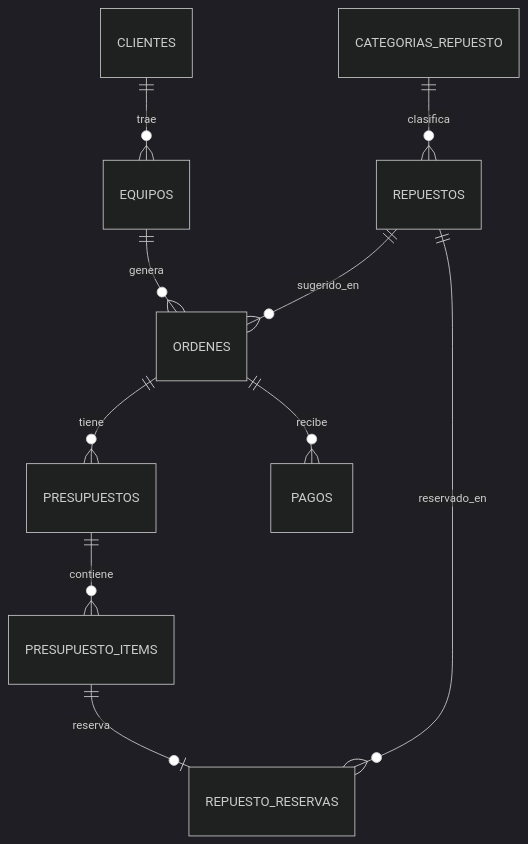
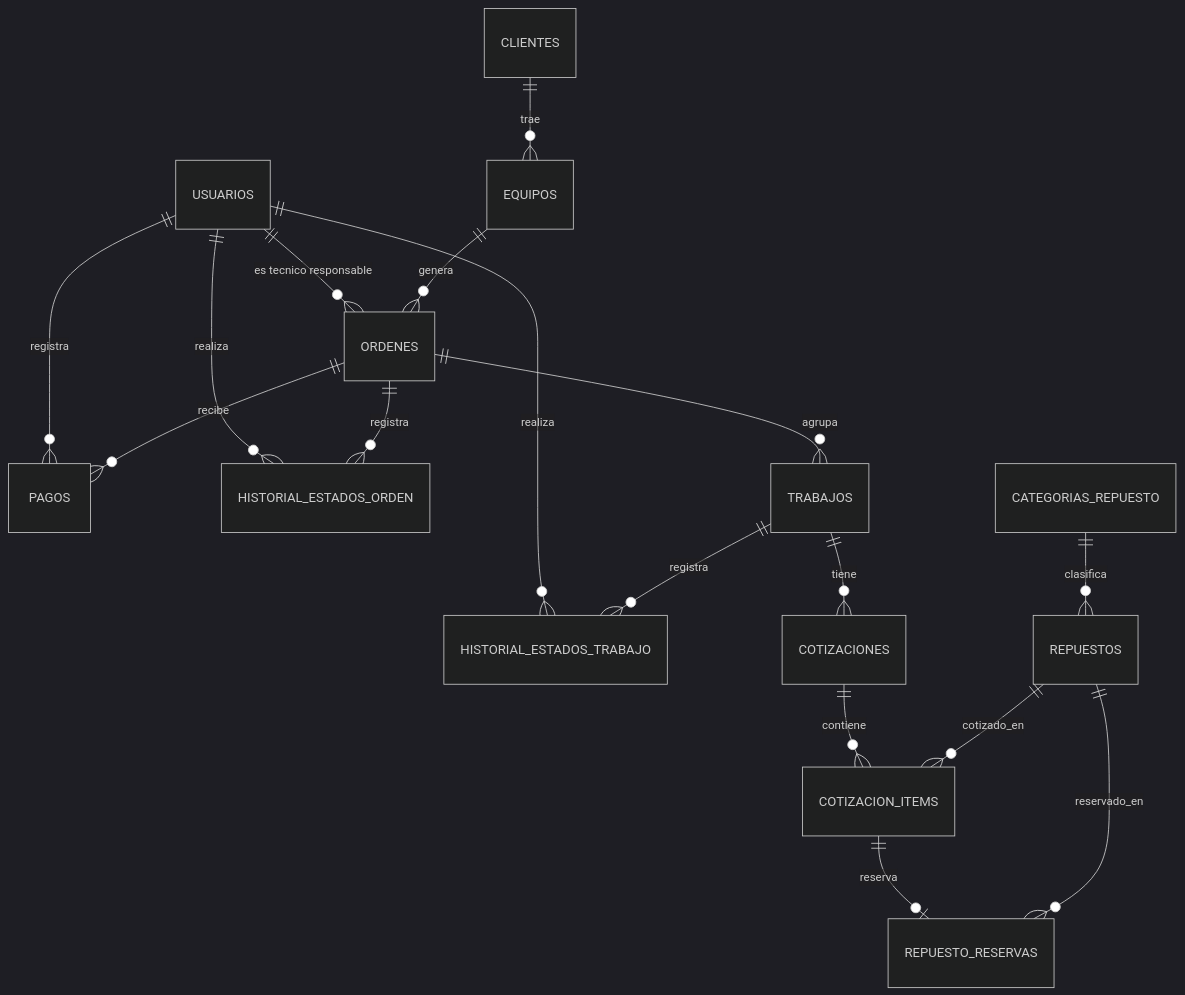
One commit to FedeiaTech/TFI-UTN--TechFlow--Colque-Gutierrez-Iacono changed the diagram in docs/entrega-2/Esquema-Base-Datos.md. Above: the diagram before and after it, drawn with Mermaid (dark theme). The commit also changed other lines of this file and 7 other files, not shown here.

First line of the commit message:
feat(db): modela trabajos y cotizaciones independientes dentro de la orden

````diff
--- a/docs/entrega-2/Esquema-Base-Datos.md
+++ b/docs/entrega-2/Esquema-Base-Datos.md
@@ -7,12 +15,19 @@
 ```mermaid
 erDiagram
+    USUARIOS ||--o{ ORDENES : "es tecnico responsable"
+    USUARIOS ||--o{ PAGOS : registra
+    USUARIOS ||--o{ HISTORIAL_ESTADOS_ORDEN : realiza
+    USUARIOS ||--o{ HISTORIAL_ESTADOS_TRABAJO : realiza
     CLIENTES ||--o{ EQUIPOS : trae
     EQUIPOS ||--o{ ORDENES : genera
-    ORDENES ||--o{ PRESUPUESTOS : tiene
-    PRESUPUESTOS ||--o{ PRESUPUESTO_ITEMS : contiene
-    PRESUPUESTO_ITEMS ||--o| REPUESTO_RESERVAS : reserva
+    ORDENES ||--o{ TRABAJOS : agrupa
+    TRABAJOS ||--o{ COTIZACIONES : tiene
+    COTIZACIONES ||--o{ COTIZACION_ITEMS : contiene
+    COTIZACION_ITEMS ||--o| REPUESTO_RESERVAS : reserva
     REPUESTOS ||--o{ REPUESTO_RESERVAS : reservado_en
+    REPUESTOS ||--o{ COTIZACION_ITEMS : cotizado_en
     CATEGORIAS_REPUESTO ||--o{ REPUESTOS : clasifica
     ORDENES ||--o{ PAGOS : recibe
-    REPUESTOS ||--o{ ORDENES : sugerido_en
+    ORDENES ||--o{ HISTORIAL_ESTADOS_ORDEN : registra
+    TRABAJOS ||--o{ HISTORIAL_ESTADOS_TRABAJO : registra
 ```
````
